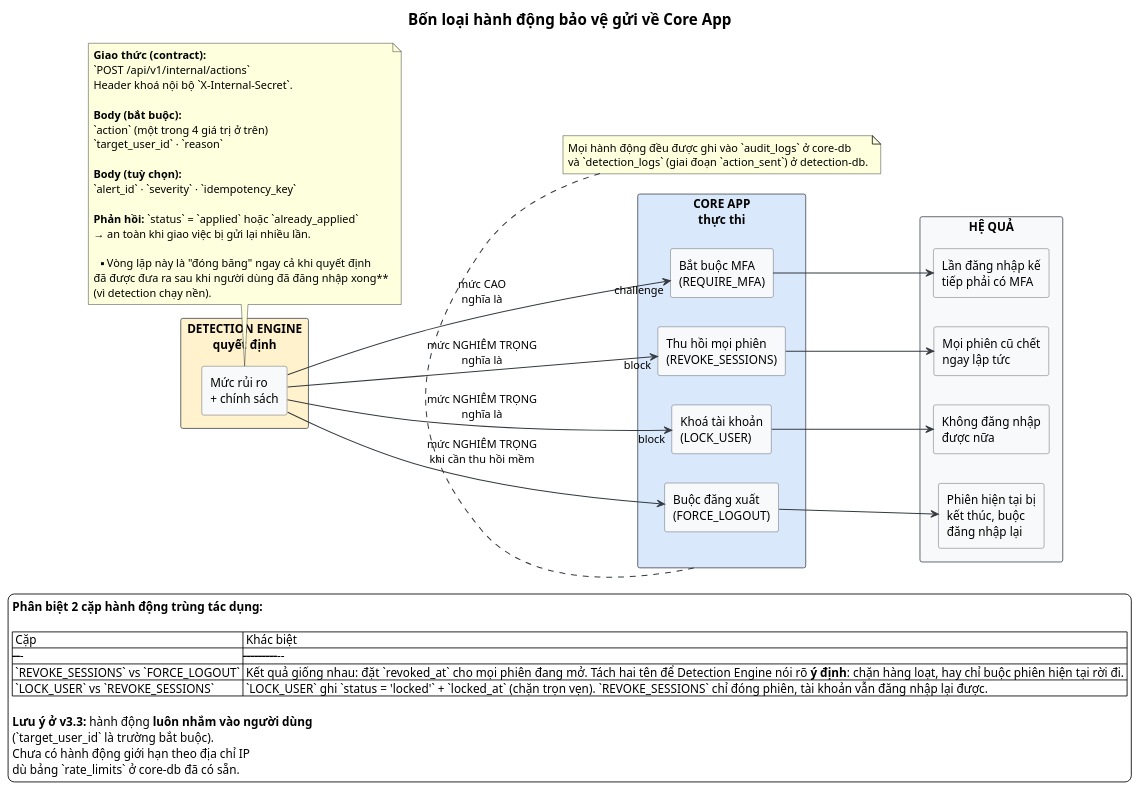
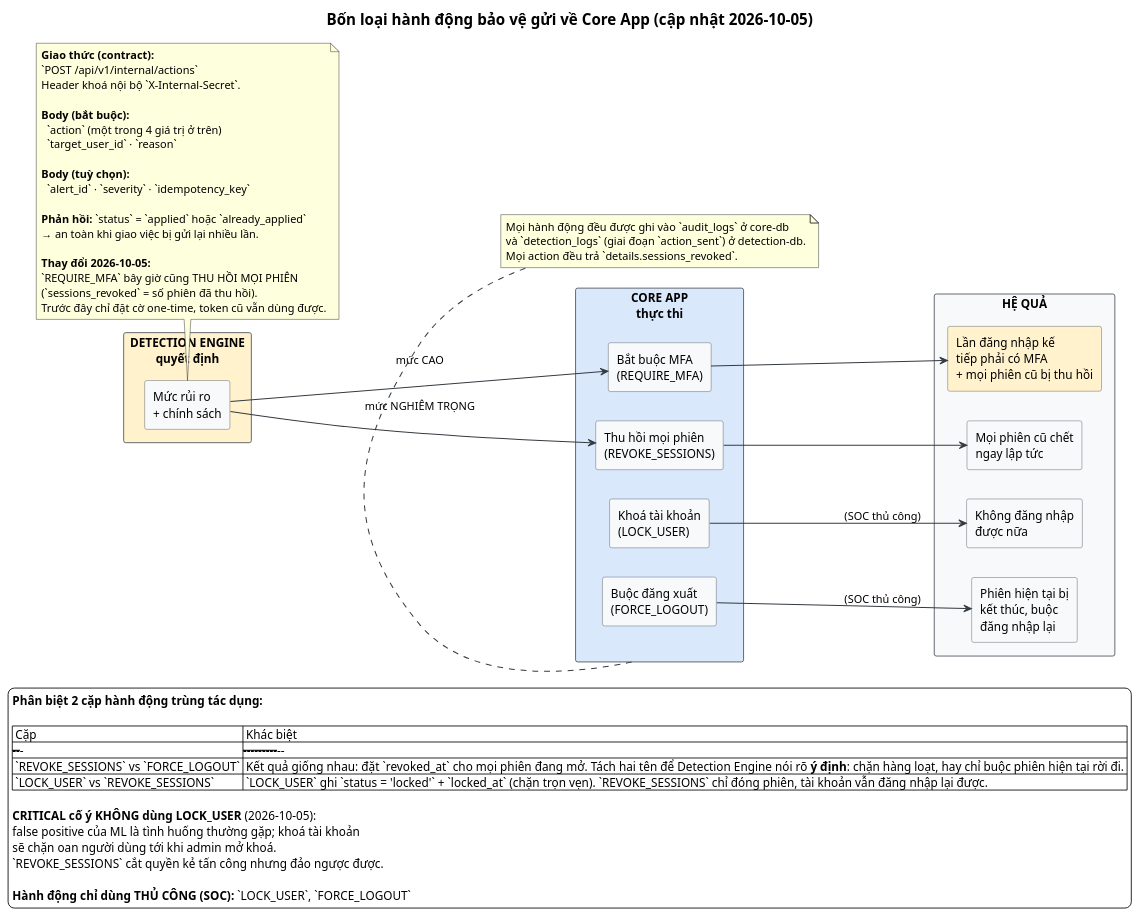
The diagram in docs/diagrams/v3.3-detect/06-hanh-dong-ve-core.puml (Albert-Tuan/sentinel-auth), drawn with PlantUML before and after one commit. The commit also changed 28 other files, not shown here.

```diff
--- a/docs/diagrams/v3.3-detect/06-hanh-dong-ve-core.puml
+++ b/docs/diagrams/v3.3-detect/06-hanh-dong-ve-core.puml
@@ -1,83 +1,84 @@
 @startuml
 skinparam backgroundColor #FFFFFF
 skinparam shadowing false
 skinparam defaultFontName Sans
 skinparam rectangle {
   BackgroundColor #F8F9FA
   BorderColor #495057
 }
 skinparam ArrowColor #343A40
 skinparam ArrowThickness 1.2
 skinparam titleFontSize 18
 
-title Bốn loại hành động bảo vệ gửi về Core App
+title Bốn loại hành động bảo vệ gửi về Core App (cập nhật 2026-10-05)
 
 left to right direction
 
 rectangle "DETECTION ENGINE\nquyết định" as DE #FFF2CC {
   rectangle "Mức rủi ro\n+ chính sách" as DEC
 }
 rectangle "CORE APP\nthực thi" as CORE #DAE8FC {
   rectangle "Bắt buộc MFA\n(REQUIRE_MFA)" as A1
   rectangle "Thu hồi mọi phiên\n(REVOKE_SESSIONS)" as A2
   rectangle "Khoá tài khoản\n(LOCK_USER)" as A3
   rectangle "Buộc đăng xuất\n(FORCE_LOGOUT)" as A4
 }
 
 rectangle "HỆ QUẢ" as RES {
-  rectangle "Lần đăng nhập kế\ntiếp phải có MFA" as R1
+  rectangle "Lần đăng nhập kế\ntiếp phải có MFA\n+ mọi phiên cũ bị thu hồi" as R1 #FFF2CC
   rectangle "Mọi phiên cũ chết\nngay lập tức" as R2
   rectangle "Không đăng nhập\nđược nữa" as R3
   rectangle "Phiên hiện tại bị\nkết thúc, buộc\nđăng nhập lại" as R4
 }
 
-DEC --> A1 : mức CAO\nnghĩa là "challenge"
-DEC --> A2 : mức NGHIÊM TRỌNG\nnghĩa là "block"
-DEC --> A3 : mức NGHIÊM TRỌNG\nnghĩa là "block"
-DEC --> A4 : mức NGHIÊM TRỌNG\nkhi cần thu hồi mềm
+DEC --> A1 : mức CAO\n
+DEC --> A2 : mức NGHIÊM TRỌNG\n
+A3 --> R3 : (SOC thủ công)
+A4 --> R4 : (SOC thủ công)
 
 A1 --> R1
 A2 --> R2
-A3 --> R3
-A4 --> R4
 
 note bottom of DEC
   **Giao thức (contract):**
   `POST /api/v1/internal/actions`
   Header khoá nội bộ `X-Internal-Secret`.
 
   **Body (bắt buộc):**
-  `action` (một trong 4 giá trị ở trên)
-  `target_user_id` · `reason`
+    `action` (một trong 4 giá trị ở trên)
+    `target_user_id` · `reason`
 
   **Body (tuỳ chọn):**
-  `alert_id` · `severity` · `idempotency_key`
+    `alert_id` · `severity` · `idempotency_key`
 
   **Phản hồi:** `status` = `applied` hoặc `already_applied`
   → an toàn khi giao việc bị gửi lại nhiều lần.
 
-  **Vòng lặp này là "đóng băng" ngay cả khi quyết định
-  đã được đưa ra sau khi người dùng đã đăng nhập xong**
-  (vì detection chạy nền).
+  **Thay đổi 2026-10-05:**
+  `REQUIRE_MFA` bây giờ cũng THU HỒI MỌI PHIÊN
+  (`sessions_revoked` = số phiên đã thu hồi).
+  Trước đây chỉ đặt cờ one-time, token cũ vẫn dùng được.
 end note
 
 note bottom of CORE
   Mọi hành động đều được ghi vào `audit_logs` ở core-db
   và `detection_logs` (giai đoạn `action_sent`) ở detection-db.
+  Mọi action đều trả `details.sessions_revoked`.
 end note
 
 legend bottom
-**Phân biệt 2 cặp hành động trùng tác dụng:**
+  **Phân biệt 2 cặp hành động trùng tác dụng:**
 
 | Cặp       | Khác biệt                                     |
 |-----------|-----------------------------------------------|
 | `REVOKE_SESSIONS` vs `FORCE_LOGOUT` | Kết quả giống nhau: đặt `revoked_at` cho mọi phiên đang mở. Tách hai tên để Detection Engine nói rõ **ý định**: chặn hàng loạt, hay chỉ buộc phiên hiện tại rời đi. |
 | `LOCK_USER` vs `REVOKE_SESSIONS` | `LOCK_USER` ghi `status = 'locked'` + `locked_at` (chặn trọn vẹn). `REVOKE_SESSIONS` chỉ đóng phiên, tài khoản vẫn đăng nhập lại được. |
 
-**Lưu ý ở v3.3:** hành động **luôn nhắm vào người dùng**
-(`target_user_id` là trường bắt buộc).
-Chưa có hành động giới hạn theo địa chỉ IP
-dù bảng `rate_limits` ở core-db đã có sẵn.
+**CRITICAL cố ý KHÔNG dùng LOCK_USER** (2026-10-05):
+false positive của ML là tình huống thường gặp; khoá tài khoản
+sẽ chặn oan người dùng tới khi admin mở khoá.
+`REVOKE_SESSIONS` cắt quyền kẻ tấn công nhưng đảo ngược được.
+
+**Hành động chỉ dùng THỦ CÔNG (SOC):** `LOCK_USER`, `FORCE_LOGOUT`
 endlegend
-
 @enduml
```
